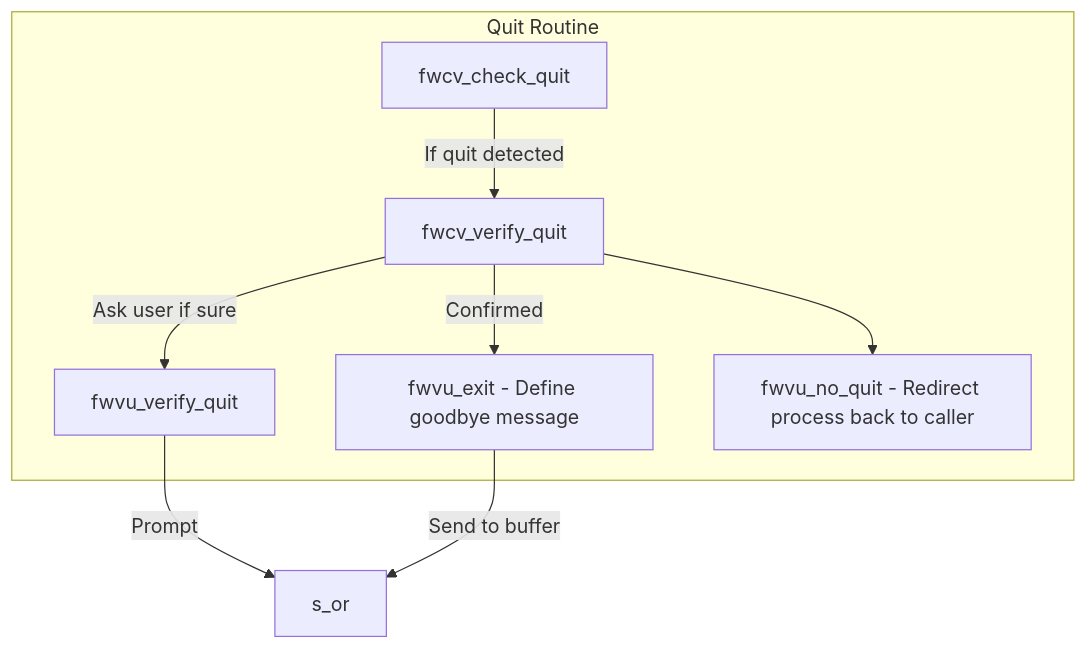
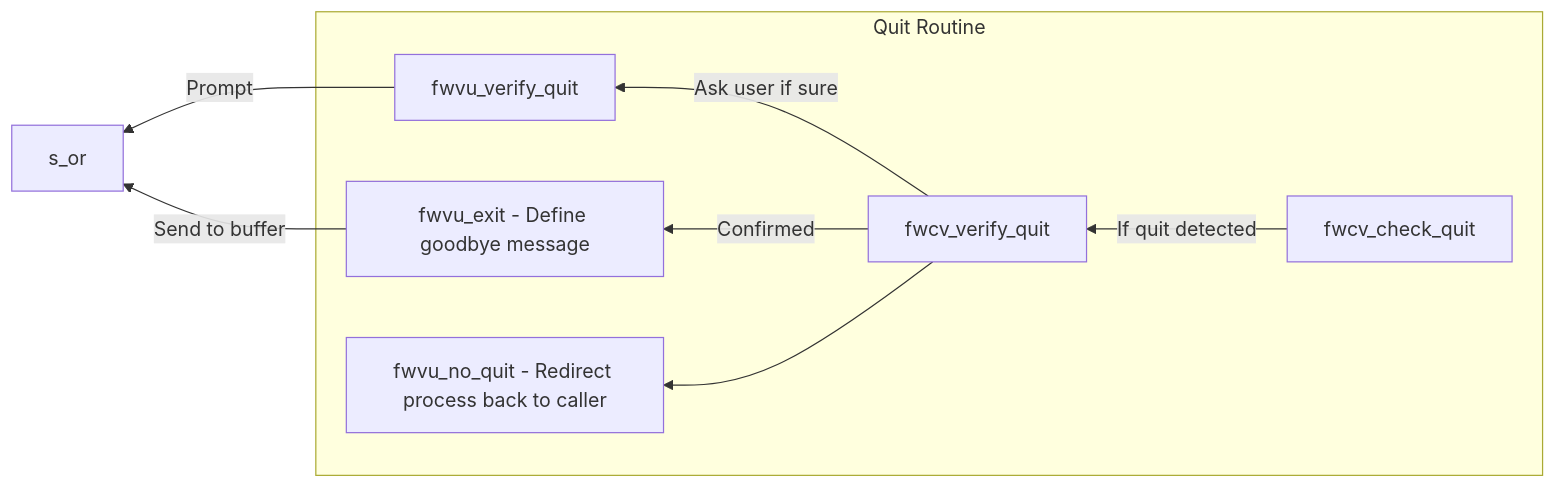
The diagram in app/docs/diagrams/quit_routine.md (afama8/terminal-workstation), drawn with Mermaid before and after one commit. The commit also changed 2 other files, not shown here.

Commit message:
mermaid diagrams typos

````diff
--- a/app/docs/diagrams/quit_routine.md
+++ b/app/docs/diagrams/quit_routine.md
@@ -1,17 +1,17 @@
 ```mermaid
-flowchart TD
+flowchart RL
     subgraph s_qr[Quit Routine]
     H[fwcv_check_quit] 
     L[fwcv_verify_quit] 
     M[fwvu_verify_quit] 
     N[fwvu_exit - Define goodbye message]
     O[fwvu_no_quit - Redirect process back to caller]
     end
 
     H -- If quit detected --> L
     L -- Ask user if sure --> M
     M -- Prompt --> s_or
     N -- Send to buffer --> s_or
     L -- Confirmed --> N
     L --> O
 ```
````
